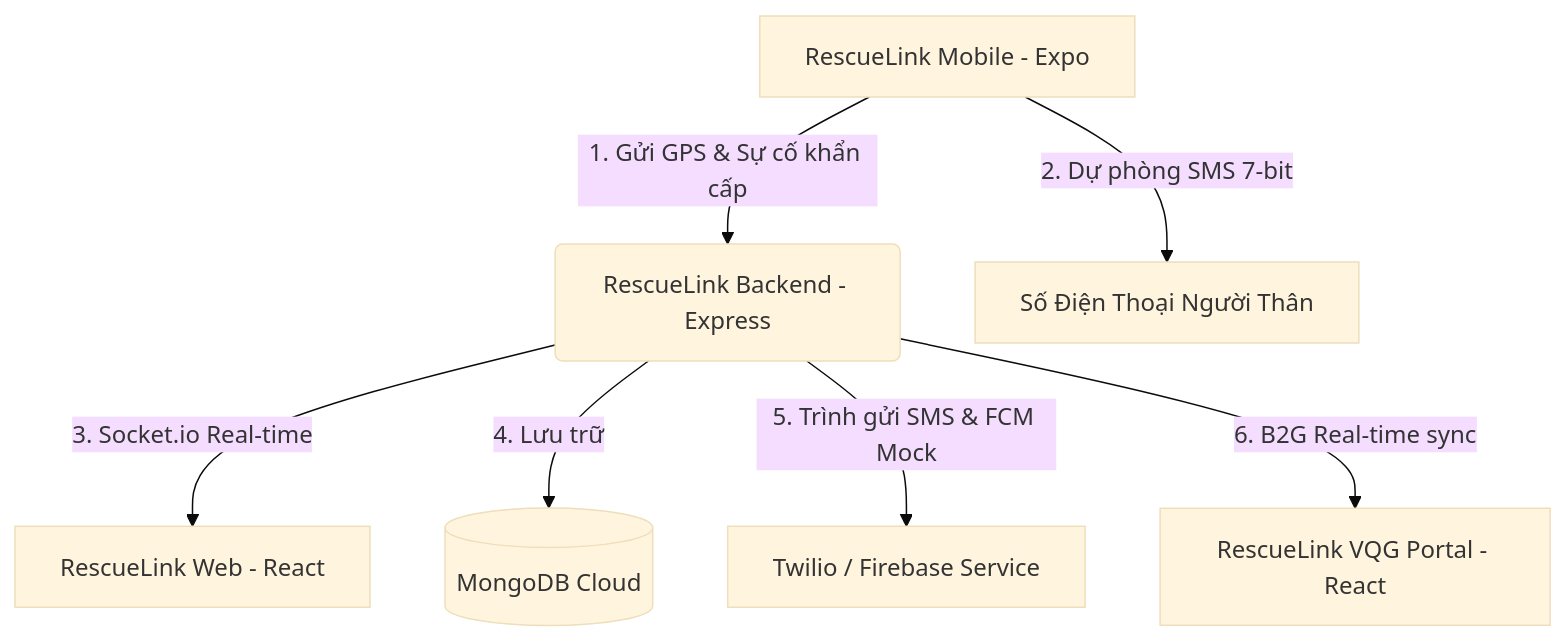
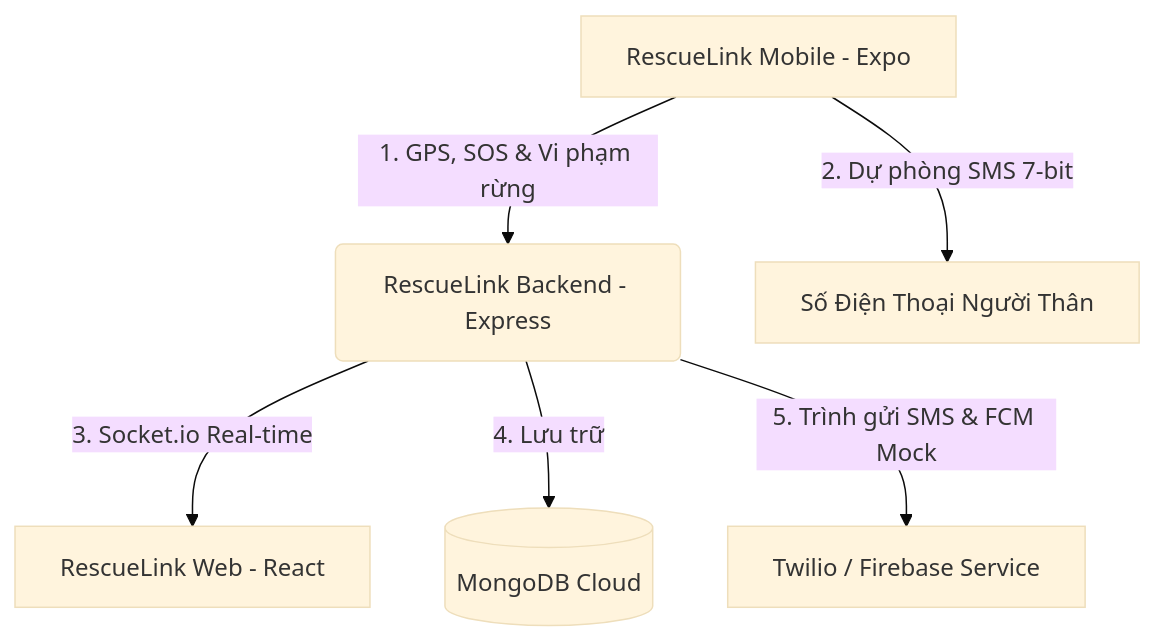
One commit to Koi-0105-Monkey/AI_cuu_ho changed the diagram in README.md. Above: the diagram before and after it, drawn with Mermaid (base theme). The commit also changed other lines of this file and 35 other files, not shown here.

````diff
--- a/README.md
+++ b/README.md
@@ -45,9 +47,8 @@
 ```mermaid
 graph TD
-    A[RescueLink Mobile - Expo] -->|1. Gửi GPS & Sự cố khẩn cấp| B(RescueLink Backend - Express)
+    A[RescueLink Mobile - Expo] -->|1. GPS, SOS & Vi phạm rừng| B(RescueLink Backend - Express)
     A -->|2. Dự phòng SMS 7-bit| C[Số Điện Thoại Người Thân]
     B -->|3. Socket.io Real-time| D[RescueLink Web - React]
     B -->|4. Lưu trữ| E[(MongoDB Cloud)]
     B -->|5. Trình gửi SMS & FCM Mock| F[Twilio / Firebase Service]
-    B -->|6. B2G Real-time sync| G[RescueLink VQG Portal - React]
 ```
````
